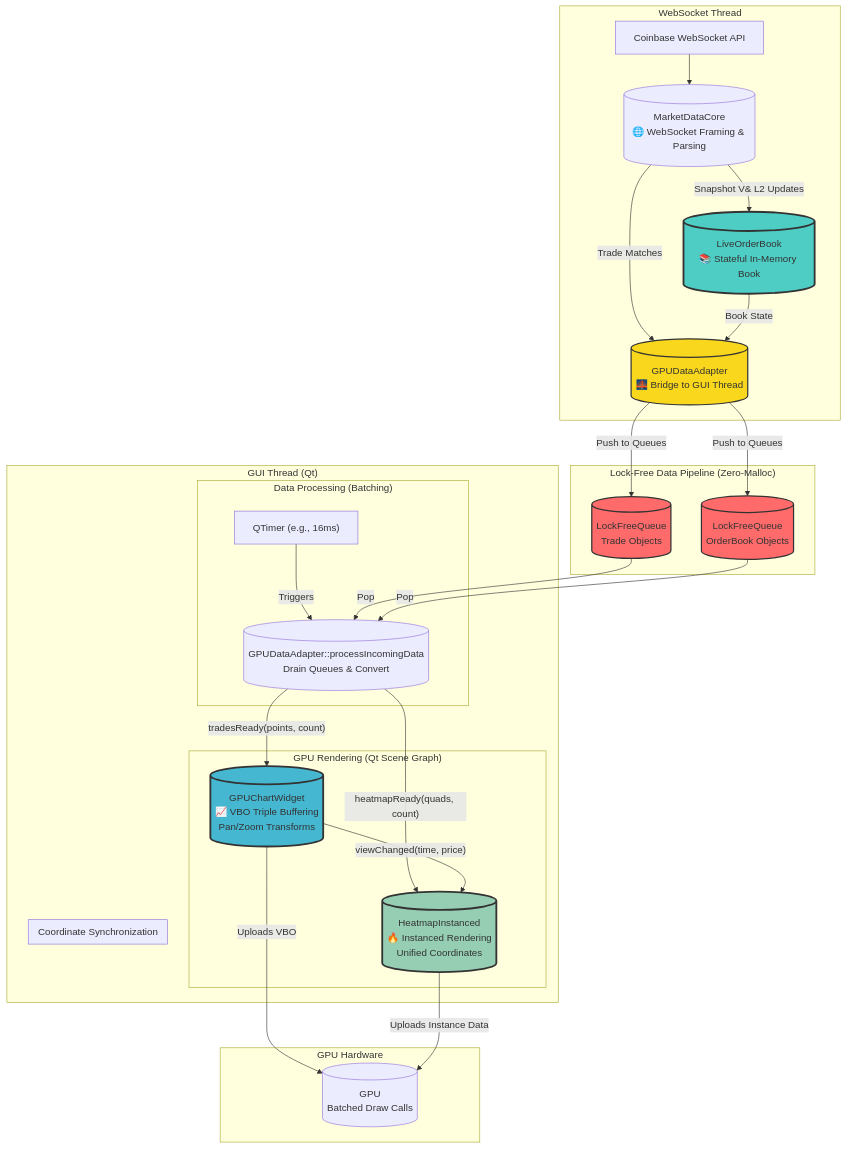
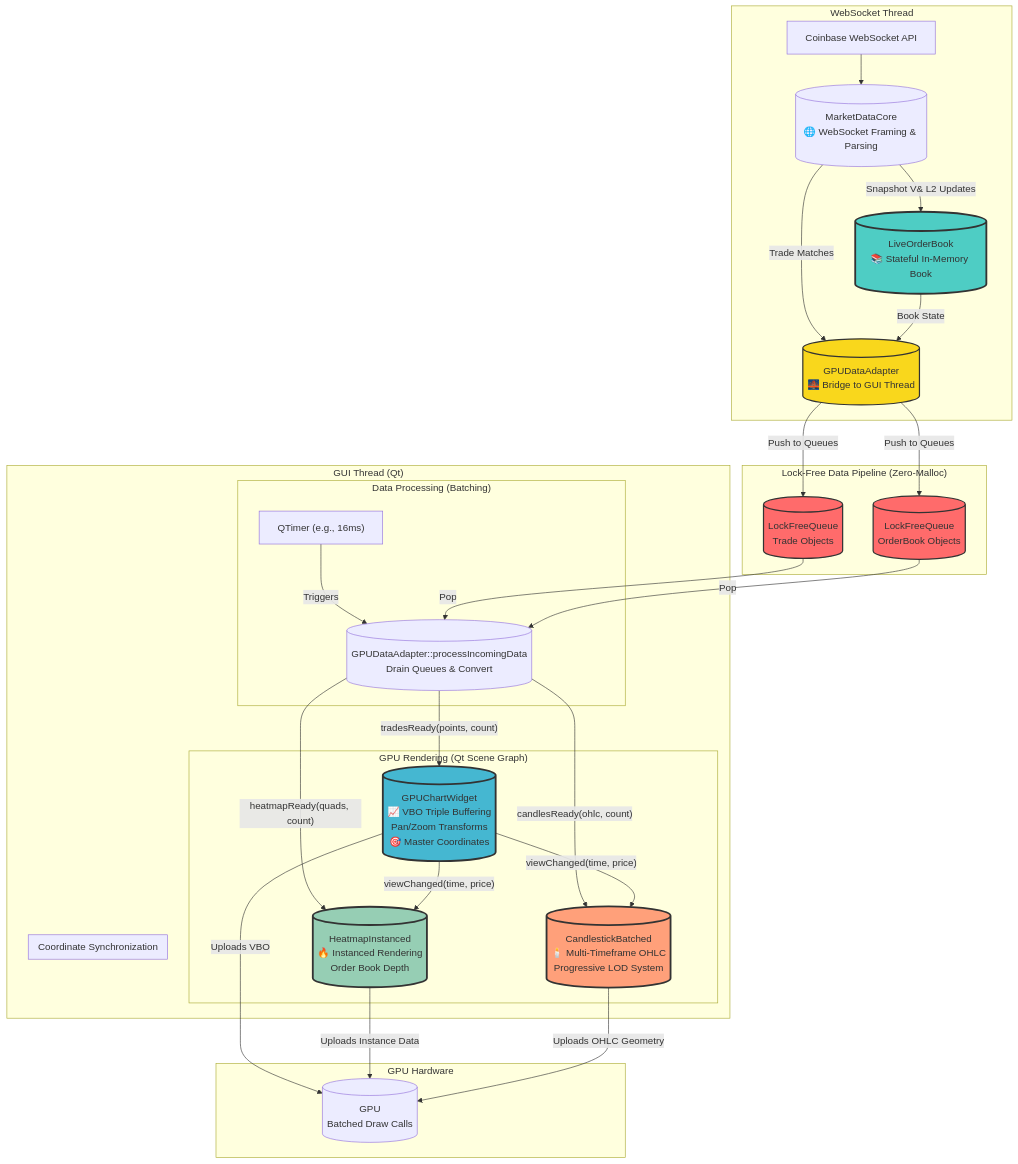
One commit to pattty847/Sentinel changed the diagram in docs/02_ARCHITECTURE.md. Above: the diagram before and after it, drawn with Mermaid. The commit also changed other lines of this file and 6 other files, not shown here.

Commit message:
Updated ARCHITECTURE document with Candlestick rendering setup

````diff
--- a/docs/02_ARCHITECTURE.md
+++ b/docs/02_ARCHITECTURE.md
@@ -3,46 +3,51 @@
 ```mermaid
 graph TD
     subgraph "WebSocket Thread"
         WS["Coinbase WebSocket API"] --> CORE[("MarketDataCore<br>🌐 WebSocket Framing & Parsing")];
         CORE -- "Snapshot  V& L2 Updates" --> LOB[("LiveOrderBook<br>📚 Stateful In-Memory Book")];
         CORE -- "Trade Matches" --> ADAPTER[("GPUDataAdapter<br>🌉 Bridge to GUI Thread")];
         LOB -- "Book State" --> ADAPTER;
     end
 
     subgraph "Lock-Free Data Pipeline (Zero-Malloc)"
         ADAPTER -- "Push to Queues" --> TRADES_Q[("LockFreeQueue<br>Trade Objects")];
         ADAPTER -- "Push to Queues" --> BOOK_Q[("LockFreeQueue<br>OrderBook Objects")];
     end
 
     subgraph "GUI Thread (Qt)"
         subgraph "Data Processing (Batching)"
             PROC_TIMER["QTimer (e.g., 16ms)"] --> |"Triggers"| BATCH_PROC[("GPUDataAdapter::processIncomingData<br>Drain Queues & Convert")];
             TRADES_Q --> |"Pop"| BATCH_PROC;
             BOOK_Q --> |"Pop"| BATCH_PROC;
         end
 
         subgraph "GPU Rendering (Qt Scene Graph)"
-            GPU_CHART[("GPUChartWidget<br>📈 VBO Triple Buffering<br>Pan/Zoom Transforms")];
-            HEATMAP[("HeatmapInstanced<br>🔥 Instanced Rendering<br>Unified Coordinates")];
+            GPU_CHART[("GPUChartWidget<br>📈 VBO Triple Buffering<br>Pan/Zoom Transforms<br>🎯 Master Coordinates")];
+            HEATMAP[("HeatmapInstanced<br>🔥 Instanced Rendering<br>Order Book Depth")];
+            CANDLES[("CandlestickBatched<br>🕯️ Multi-Timeframe OHLC<br>Progressive LOD System")];
         end
 
         BATCH_PROC -- "tradesReady(points, count)" --> GPU_CHART;
         BATCH_PROC -- "heatmapReady(quads, count)" --> HEATMAP;
+        BATCH_PROC -- "candlesReady(ohlc, count)" --> CANDLES;
 
         subgraph "Coordinate Synchronization"
             GPU_CHART -- "viewChanged(time, price)" --> HEATMAP;
+            GPU_CHART -- "viewChanged(time, price)" --> CANDLES;
         end
     end
 
     subgraph "GPU Hardware"
         GPU_CHART -- "Uploads VBO" --> GPU[("GPU<br>Batched Draw Calls")];
         HEATMAP -- "Uploads Instance Data" --> GPU;
+        CANDLES -- "Uploads OHLC Geometry" --> GPU;
     end
 
     style LOB fill:#4ECDC4,stroke:#333,stroke-width:3px
     style ADAPTER fill:#f9d71c,stroke:#333,stroke-width:2px
     style TRADES_Q fill:#FF6B6B,stroke:#333,stroke-width:2px
     style BOOK_Q fill:#FF6B6B,stroke:#333,stroke-width:2px
     style GPU_CHART fill:#45B7D1,stroke:#333,stroke-width:3px
     style HEATMAP fill:#96CEB4,stroke:#333,stroke-width:3px
+    style CANDLES fill:#FFA07A,stroke:#333,stroke-width:3px
 ```
````
